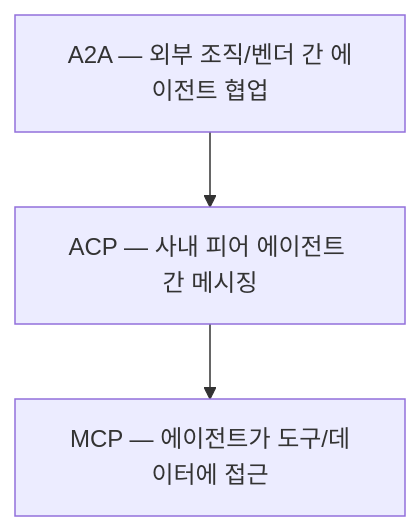
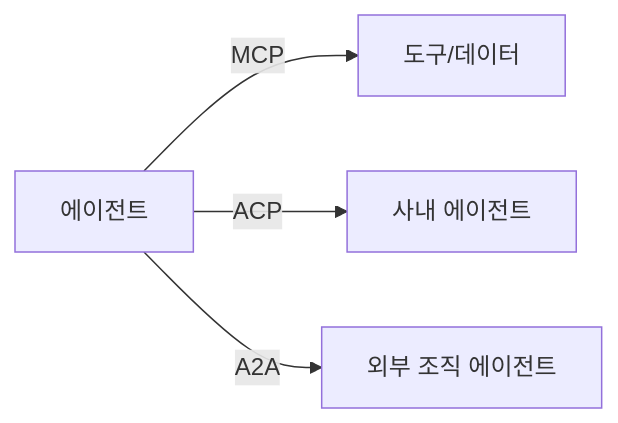
Before and after one commit to cloudpickr/cloudpick-docs: the second of 2 diagrams in ai/agents.md, drawn with Mermaid. The commit also changed other lines of this file, not shown here.

````diff
--- a/ai/agents.md
+++ b/ai/agents.md
@@ -167,7 +111,6 @@
 ```mermaid
-graph TD
-    A2A["A2A — 외부 조직/벤더 간 에이전트 협업"]
-    ACP["ACP — 사내 피어 에이전트 간 메시징"]
-    MCP["MCP — 에이전트가 도구/데이터에 접근"]
-    A2A --> ACP --> MCP
+graph LR
+    Agent1[에이전트] -->|MCP| Tools[도구/데이터]
+    Agent1 -->|ACP| Agent2[사내 에이전트]
+    Agent1 -->|A2A| Agent3[외부 조직 에이전트]
 ```
````
